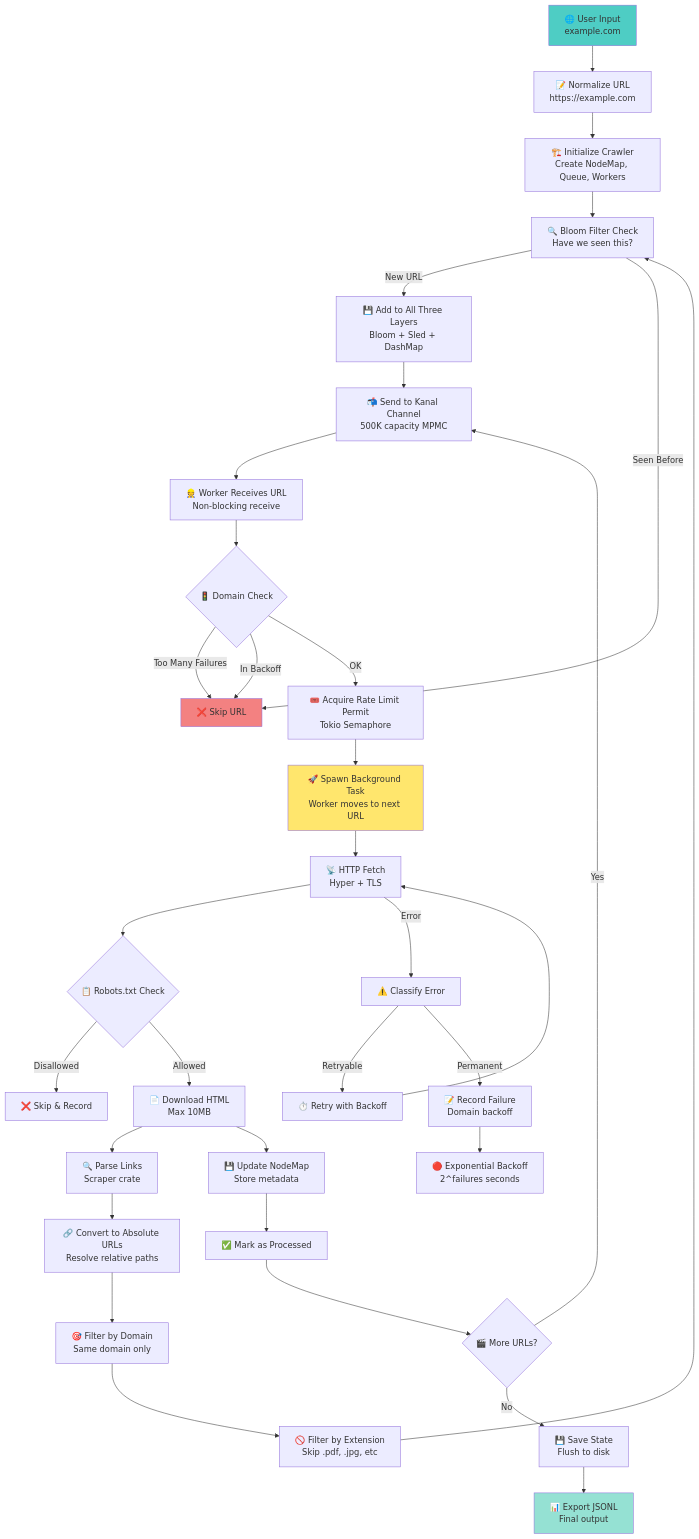
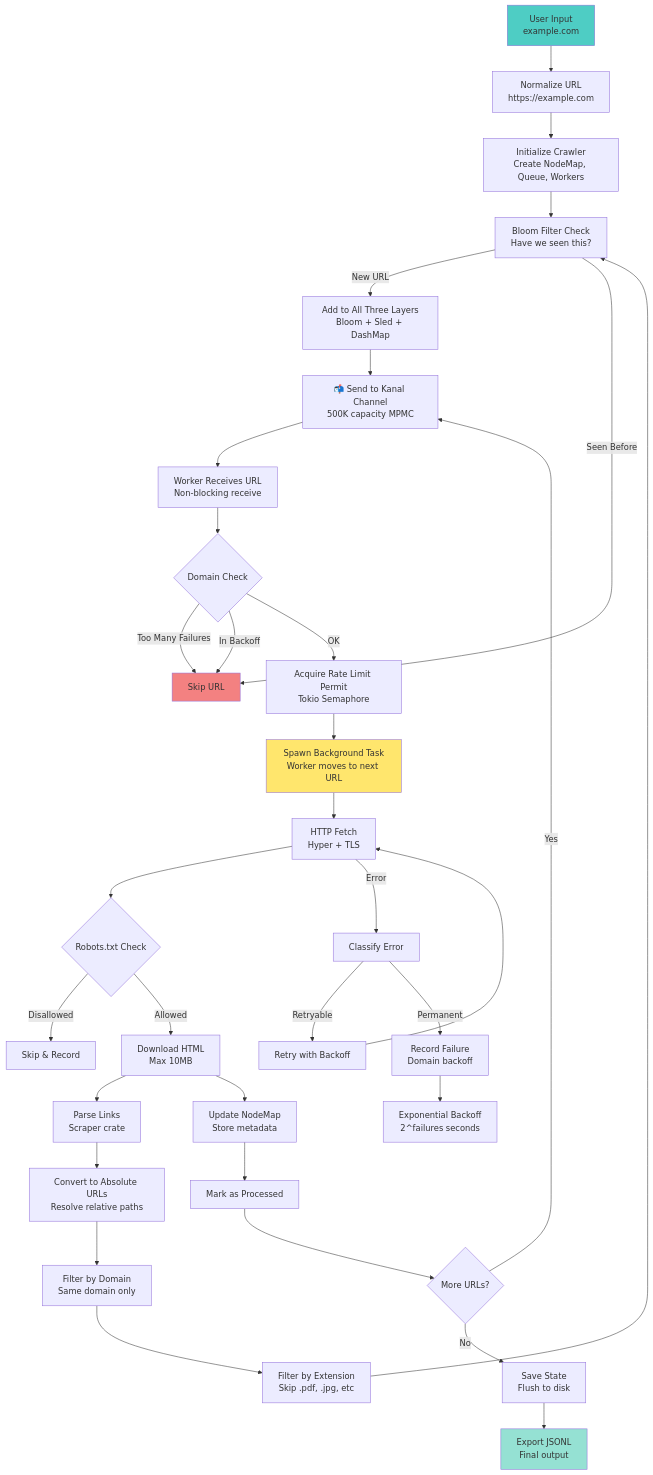
One commit to BenjaminSRussell/Rust-sitemap changed the second of 3 diagrams in README.md. Above: the diagram before and after it, drawn with Mermaid. The commit also changed other lines of this file and 15 other files, not shown here.

````diff
--- a/README.md
+++ b/README.md
@@ -480,41 +480,41 @@
 ```mermaid
 graph TD
-    A[🌐 User Input<br/>example.com] --> B[📝 Normalize URL<br/>https://example.com]
-    B --> C[🏗️ Initialize Crawler<br/>Create NodeMap, Queue, Workers]
-    C --> D[🔍 Bloom Filter Check<br/>Have we seen this?]
-    D -->|New URL| E[💾 Add to All Three Layers<br/>Bloom + Sled + DashMap]
-    D -->|Seen Before| Z[❌ Skip URL]
+    A[ User Input<br/>example.com] --> B[ Normalize URL<br/>https://example.com]
+    B --> C[ Initialize Crawler<br/>Create NodeMap, Queue, Workers]
+    C --> D[ Bloom Filter Check<br/>Have we seen this?]
+    D -->|New URL| E[ Add to All Three Layers<br/>Bloom + Sled + DashMap]
+    D -->|Seen Before| Z[ Skip URL]
     E --> F[📬 Send to Kanal Channel<br/>500K capacity MPMC]
-    F --> G[👷 Worker Receives URL<br/>Non-blocking receive]
-    G --> H{🚦 Domain Check}
+    F --> G[ Worker Receives URL<br/>Non-blocking receive]
+    G --> H{ Domain Check}
     H -->|Too Many Failures| Z
     H -->|In Backoff| Z
-    H -->|OK| I[🎟️ Acquire Rate Limit Permit<br/>Tokio Semaphore]
-    I --> J[🚀 Spawn Background Task<br/>Worker moves to next URL]
-    J --> K[📡 HTTP Fetch<br/>Hyper + TLS]
-    K --> L{📋 Robots.txt Check}
-    L -->|Disallowed| M[❌ Skip & Record]
-    L -->|Allowed| N[📄 Download HTML<br/>Max 10MB]
-    N --> O[🔍 Parse Links<br/>Scraper crate]
-    O --> P[🔗 Convert to Absolute URLs<br/>Resolve relative paths]
-    P --> Q[🎯 Filter by Domain<br/>Same domain only]
-    Q --> R[🚫 Filter by Extension<br/>Skip .pdf, .jpg, etc]
+    H -->|OK| I[ Acquire Rate Limit Permit<br/>Tokio Semaphore]
+    I --> J[ Spawn Background Task<br/>Worker moves to next URL]
+    J --> K[ HTTP Fetch<br/>Hyper + TLS]
+    K --> L{ Robots.txt Check}
+    L -->|Disallowed| M[ Skip & Record]
+    L -->|Allowed| N[ Download HTML<br/>Max 10MB]
+    N --> O[ Parse Links<br/>Scraper crate]
+    O --> P[ Convert to Absolute URLs<br/>Resolve relative paths]
+    P --> Q[ Filter by Domain<br/>Same domain only]
+    Q --> R[ Filter by Extension<br/>Skip .pdf, .jpg, etc]
     R --> D
-    N --> S[💾 Update NodeMap<br/>Store metadata]
-    S --> T[✅ Mark as Processed]
-    T --> U{🎬 More URLs?}
+    N --> S[ Update NodeMap<br/>Store metadata]
+    S --> T[ Mark as Processed]
+    T --> U{ More URLs?}
     U -->|Yes| F
-    U -->|No| V[💾 Save State<br/>Flush to disk]
-    V --> W[📊 Export JSONL<br/>Final output]
+    U -->|No| V[ Save State<br/>Flush to disk]
+    V --> W[ Export JSONL<br/>Final output]
 
-    K -->|Error| X[⚠️ Classify Error]
-    X -->|Retryable| Y[⏱️ Retry with Backoff]
-    X -->|Permanent| AA[📝 Record Failure<br/>Domain backoff]
+    K -->|Error| X[ Classify Error]
+    X -->|Retryable| Y[ Retry with Backoff]
+    X -->|Permanent| AA[ Record Failure<br/>Domain backoff]
     Y --> K
-    AA --> AB[🔴 Exponential Backoff<br/>2^failures seconds]
+    AA --> AB[ Exponential Backoff<br/>2^failures seconds]
 
     style A fill:#4ECDC4
     style W fill:#95E1D3
     style Z fill:#F38181
     style J fill:#FFE66D
 ```
````
